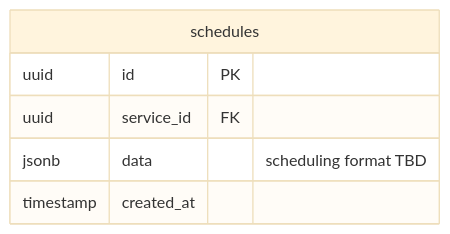
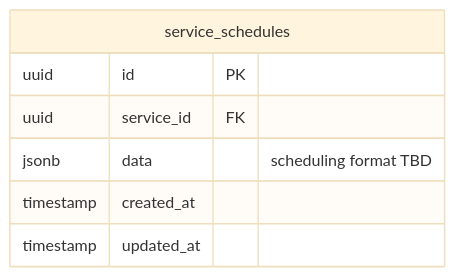
Before and after one commit to hack4impact/mcld-project: the second of 3 diagrams in docs/services.md, drawn with Mermaid (base theme). The commit also changed other lines of this file and 4 other files, not shown here.

````diff
--- a/docs/services.md
+++ b/docs/services.md
@@ -28,9 +28,10 @@
 ```mermaid
 erDiagram
-    schedules {
+    service_schedules {
         uuid id PK
         uuid service_id FK
         jsonb data "scheduling format TBD"
         timestamp created_at
+        timestamp updated_at
     }
 ```
````
